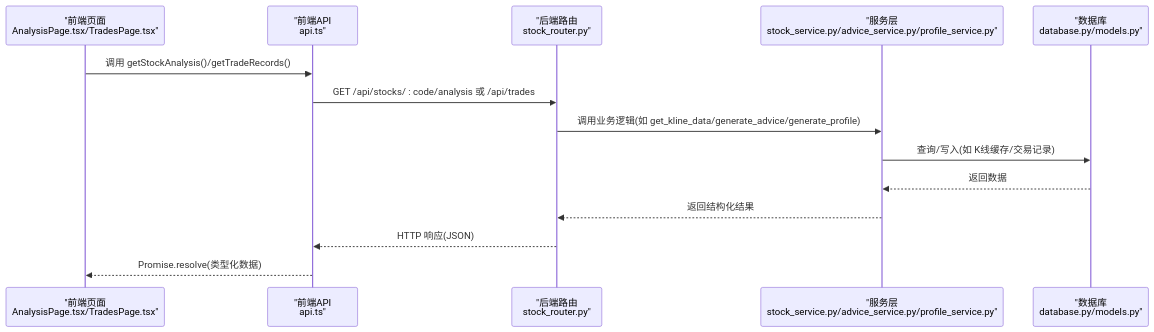
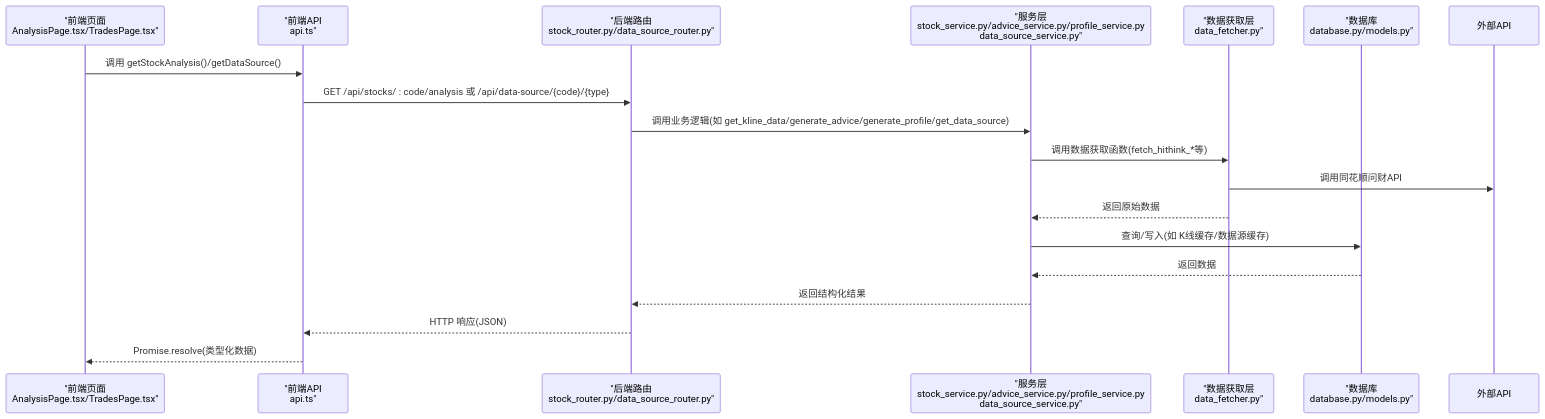
One commit to Moruime/stock_foker changed the second of 5 diagrams in .qoder/repowiki/zh/content/前端组件/服务层.md. Above: the diagram before and after it, drawn with Mermaid. The commit also changed other lines of this file and 37 other files, not shown here.

First line of the commit message:
docs(data_source): 新增数据源服务层及相关数据库结构文档

````diff
--- a/.qoder/repowiki/zh/content/前端组件/服务层.md
+++ b/.qoder/repowiki/zh/content/前端组件/服务层.md
@@ -94,16 +119,20 @@
 ```mermaid
 sequenceDiagram
 participant UI as "前端页面<br/>AnalysisPage.tsx/TradesPage.tsx"
 participant API as "前端API<br/>api.ts"
-participant Router as "后端路由<br/>stock_router.py"
-participant Service as "服务层<br/>stock_service.py/advice_service.py/profile_service.py"
+participant Router as "后端路由<br/>stock_router.py/data_source_router.py"
+participant Service as "服务层<br/>stock_service.py/advice_service.py/profile_service.py<br/>data_source_service.py"
+participant DataFetcher as "数据获取层<br/>data_fetcher.py"
 participant DB as "数据库<br/>database.py/models.py"
-UI->>API : 调用 getStockAnalysis()/getTradeRecords()
-API->>Router : GET /api/stocks/ : code/analysis 或 /api/trades
-Router->>Service : 调用业务逻辑(如 get_kline_data/generate_advice/generate_profile)
-Service->>DB : 查询/写入(如 K线缓存/交易记录)
+UI->>API : 调用 getStockAnalysis()/getDataSource()
+API->>Router : GET /api/stocks/ : code/analysis 或 /api/data-source/{code}/{type}
+Router->>Service : 调用业务逻辑(如 get_kline_data/generate_advice/generate_profile/get_data_source)
+Service->>DataFetcher : 调用数据获取函数(fetch_hithink_*等)
+DataFetcher->>外部API : 调用同花顺问财API
+DataFetcher-->>Service : 返回原始数据
+Service->>DB : 查询/写入(如 K线缓存/数据源缓存)
 DB-->>Service : 返回数据
 Service-->>Router : 返回结构化结果
 Router-->>API : HTTP 响应(JSON)
 API-->>UI : Promise.resolve(类型化数据)
 ```
````
